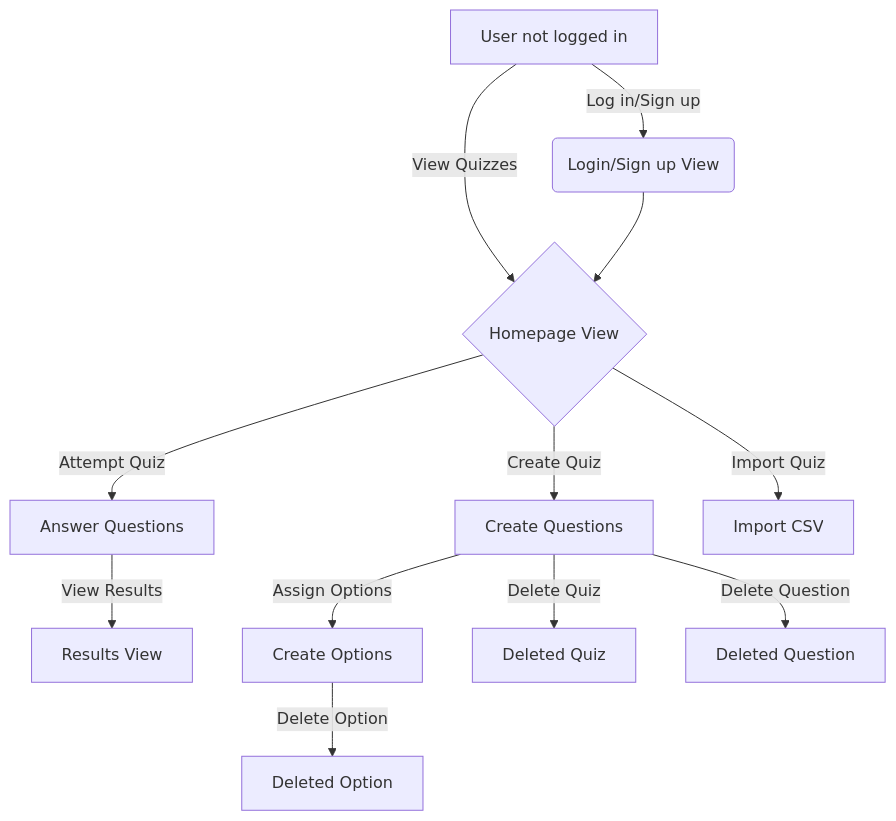
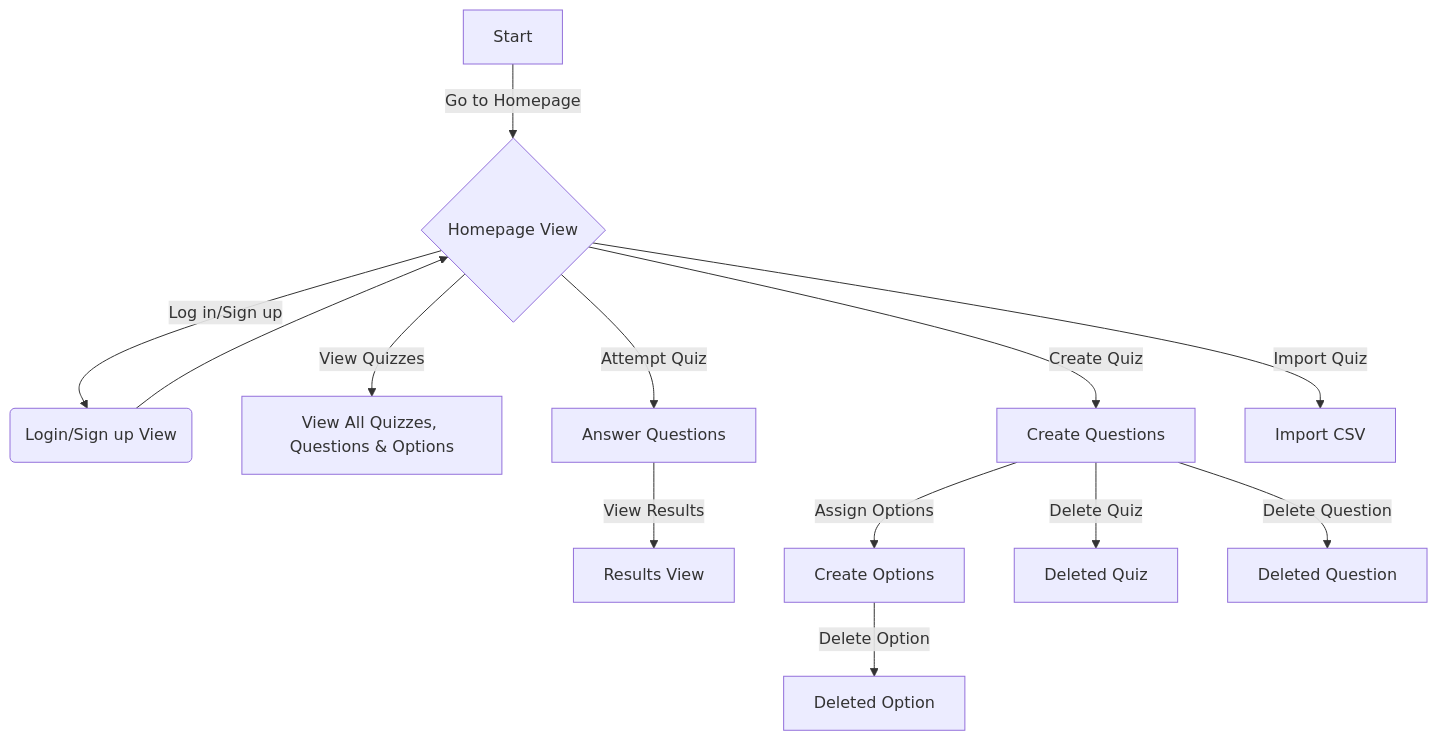
One commit to KirsteenJ/COMP223-221-Final-Term-Project-Section-A-Quizzy changed the first of 4 diagrams in README.md. Above: the diagram before and after it, drawn with Mermaid.

````diff
--- a/README.md
+++ b/README.md
@@ -14,15 +14,16 @@
 ```mermaid
 
 flowchart TD
-    A[User not logged in] -->|Log in/Sign up| B(Login/Sign up View)
-    A -->|View Quizzes| C{Homepage View}
-    B --> C
-    C -->|Attempt Quiz| D[Answer Questions]
-    C -->|Create Quiz| E[Create Questions]
-    C -->|Import Quiz| F[Import CSV]
-    D -->|View Results| G[Results View]
-    E -->|Assign Options| H[Create Options]
-    E -->|Delete Quiz| I[Deleted Quiz]
-    E -->|Delete Question| J[Deleted Question]
-    H -->|Delete Option| K[Deleted Option]
+    A[Start] -->|Go to Homepage| B{Homepage View}
+    B -->|Log in/Sign up| C(Login/Sign up View)
+    B -->|View Quizzes| D[View All Quizzes, Questions & Options]
+    C --> B
+    B -->|Attempt Quiz| E[Answer Questions]
+    B -->|Create Quiz| F[Create Questions]
+    B -->|Import Quiz| G[Import CSV]
+    E -->|View Results| H[Results View]
+    F -->|Assign Options| I[Create Options]
+    F -->|Delete Quiz| J[Deleted Quiz]
+    F -->|Delete Question| K[Deleted Question]
+    I -->|Delete Option| L[Deleted Option]
 ```
````
